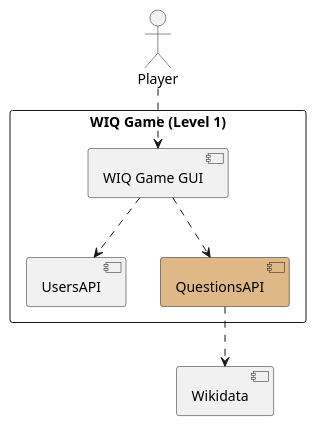
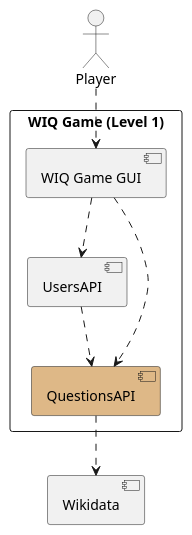
The first of 2 diagrams in docs/src/05_building_block_view.adoc (Arquisoft/wiq_en1a), drawn with PlantUML before and after one commit. The commit also changed 3 other files, not shown here.

```diff
--- a/docs/src/05_building_block_view.adoc
+++ b/docs/src/05_building_block_view.adoc
@@ -69,15 +69,16 @@
 [plantuml,"Whitebox overall system",png]
 ----
 actor Player
 [Wikidata]
 
 rectangle "WIQ Game (Level 1)"{
 [WIQ Game GUI]
 [UsersAPI]
 [QuestionsAPI] #BurlyWood
 Player ..> (WIQ Game GUI)
 [QuestionsAPI] ..> Wikidata
+[UsersAPI] ..> QuestionsAPI
 [WIQ Game GUI] ..> UsersAPI
 [WIQ Game GUI] ..> QuestionsAPI
 }
 ----
```
